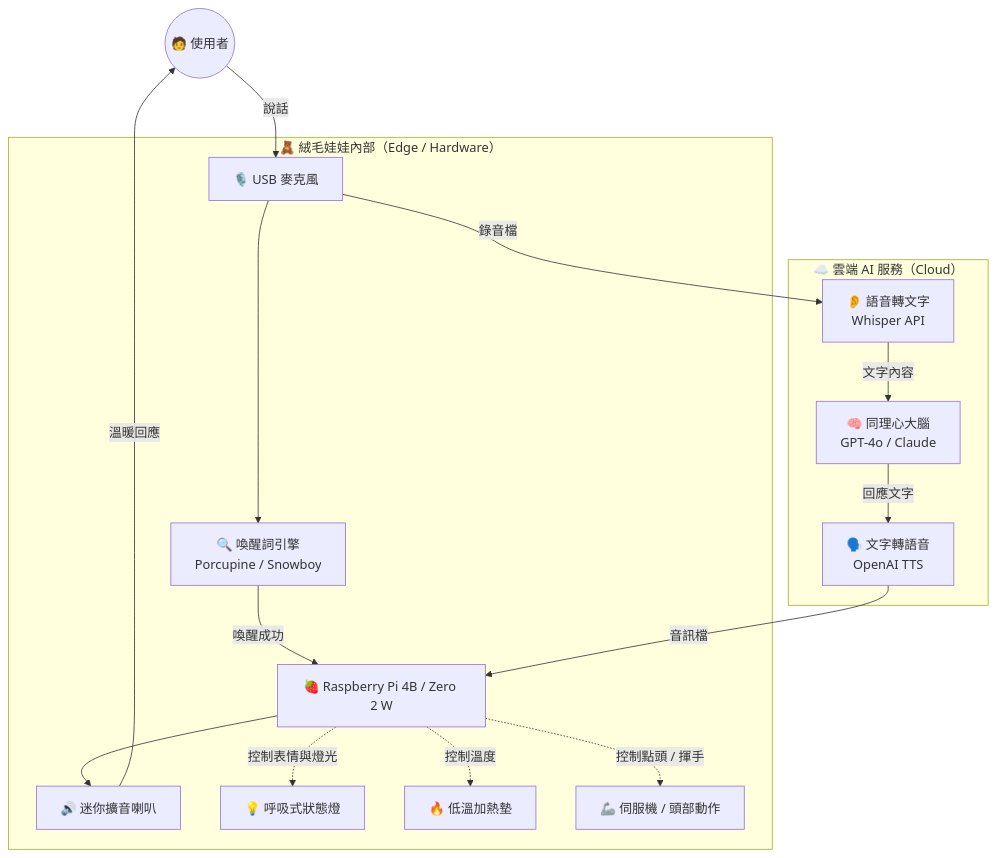
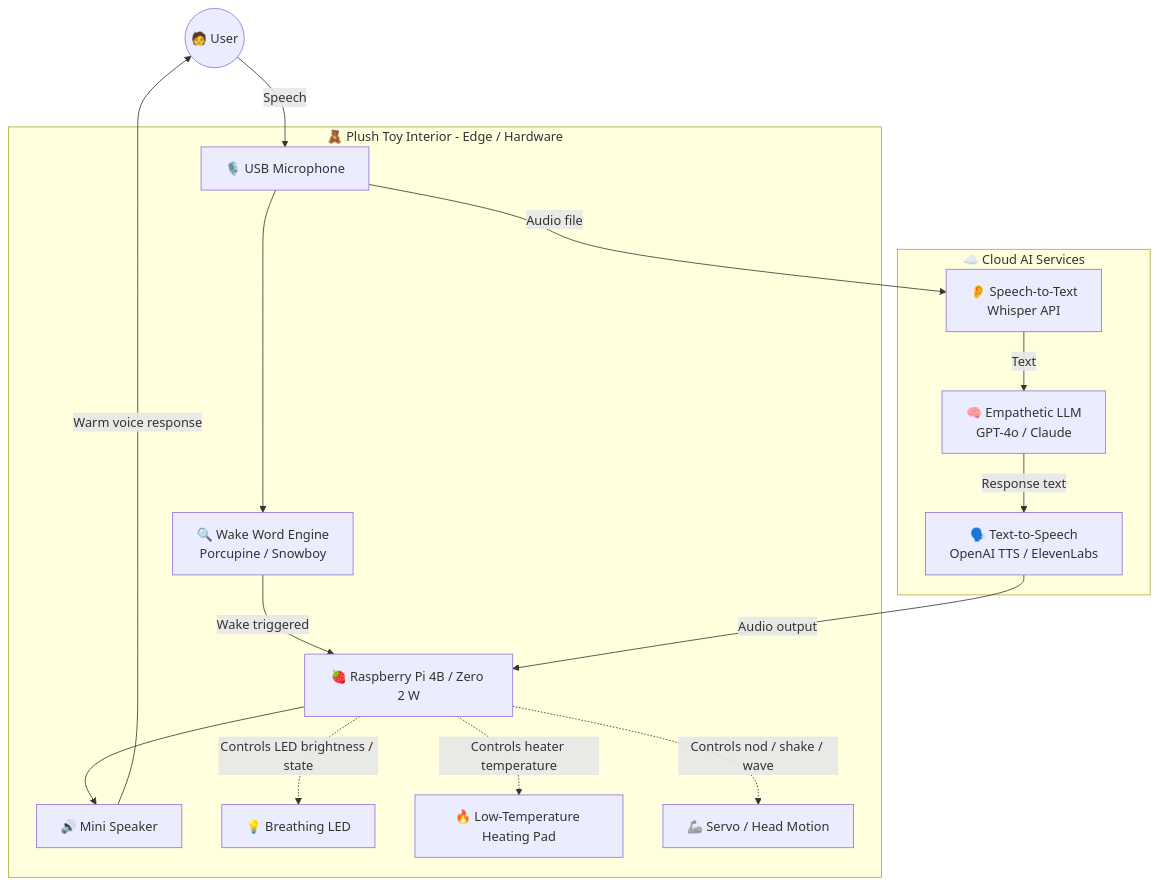
One commit to ting0813/AI-baymax changed the diagram in ai_readme.md. Above: the diagram before and after it, drawn with Mermaid. The commit also changed other lines of this file, not shown here.

````diff
--- a/ai_readme.md
+++ b/ai_readme.md
@@ -25,36 +51,36 @@
 ```mermaid
 flowchart TD
-    User((🧑 使用者))
+    User((🧑 User))
 
-    subgraph Edge[🧸 絨毛娃娃內部（Edge / Hardware）]
-        Mic[🎙️ USB 麥克風]
-        Wake[🔍 喚醒詞引擎\nPorcupine / Snowboy]
+    subgraph Edge[🧸 Plush Toy Interior - Edge / Hardware]
+        Mic[🎙️ USB Microphone]
+        Wake[🔍 Wake Word Engine<br/>Porcupine / Snowboy]
         RPi[🍓 Raspberry Pi 4B / Zero 2 W]
-        Speaker[🔊 迷你擴音喇叭]
-        LED[💡 呼吸式狀態燈]
-        Heater[🔥 低溫加熱墊]
-        Servo[🦾 伺服機 / 頭部動作]
+        Speaker[🔊 Mini Speaker]
+        LED[💡 Breathing LED]
+        Heater[🔥 Low-Temperature Heating Pad]
+        Servo[🦾 Servo / Head Motion]
     end
 
-    subgraph Cloud[☁️ 雲端 AI 服務（Cloud）]
-        STT[👂 語音轉文字\nWhisper API]
-        LLM[🧠 同理心大腦\nGPT-4o / Claude]
-        TTS[🗣️ 文字轉語音\nOpenAI TTS]
+    subgraph Cloud[☁️ Cloud AI Services]
+        STT[👂 Speech-to-Text<br/>Whisper API]
+        LLM[🧠 Empathetic LLM<br/>GPT-4o / Claude]
+        TTS[🗣️ Text-to-Speech<br/>OpenAI TTS / ElevenLabs]
     end
 
-    User -->|說話| Mic
+    User -->|Speech| Mic
     Mic --> Wake
-    Wake -->|喚醒成功| RPi
+    Wake -->|Wake triggered| RPi
 
-    Mic -->|錄音檔| STT
-    STT -->|文字內容| LLM
-    LLM -->|回應文字| TTS
-    TTS -->|音訊檔| RPi
+    Mic -->|Audio file| STT
+    STT -->|Text| LLM
+    LLM -->|Response text| TTS
+    TTS -->|Audio output| RPi
 
     RPi --> Speaker
-    Speaker -->|溫暖回應| User
+    Speaker -->|Warm voice response| User
 
-    RPi -. 控制溫度 .-> Heater
-    RPi -. 控制表情與燈光 .-> LED
-    RPi -. 控制點頭 / 揮手 .-> Servo
+    RPi -. Controls heater temperature .-> Heater
+    RPi -. Controls LED brightness / state .-> LED
+    RPi -. Controls nod / shake / wave .-> Servo
 ```
````
